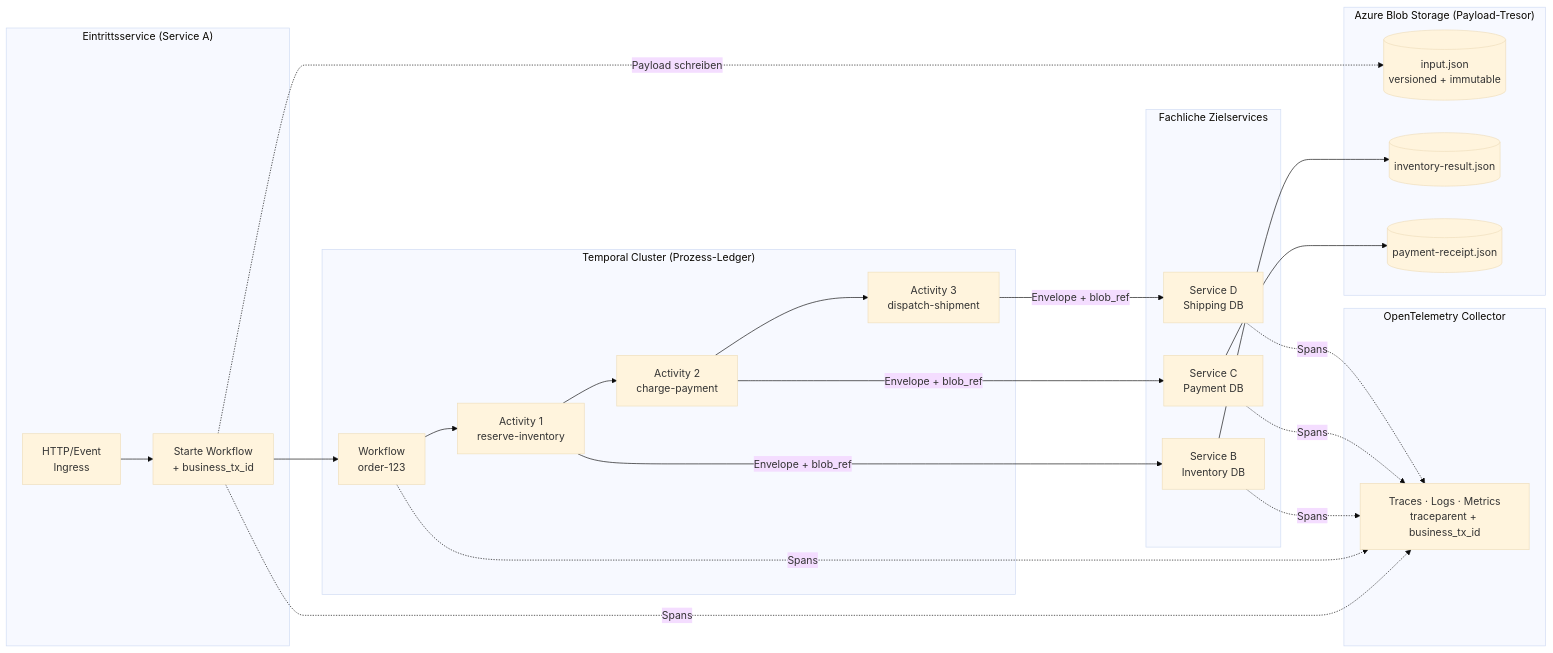
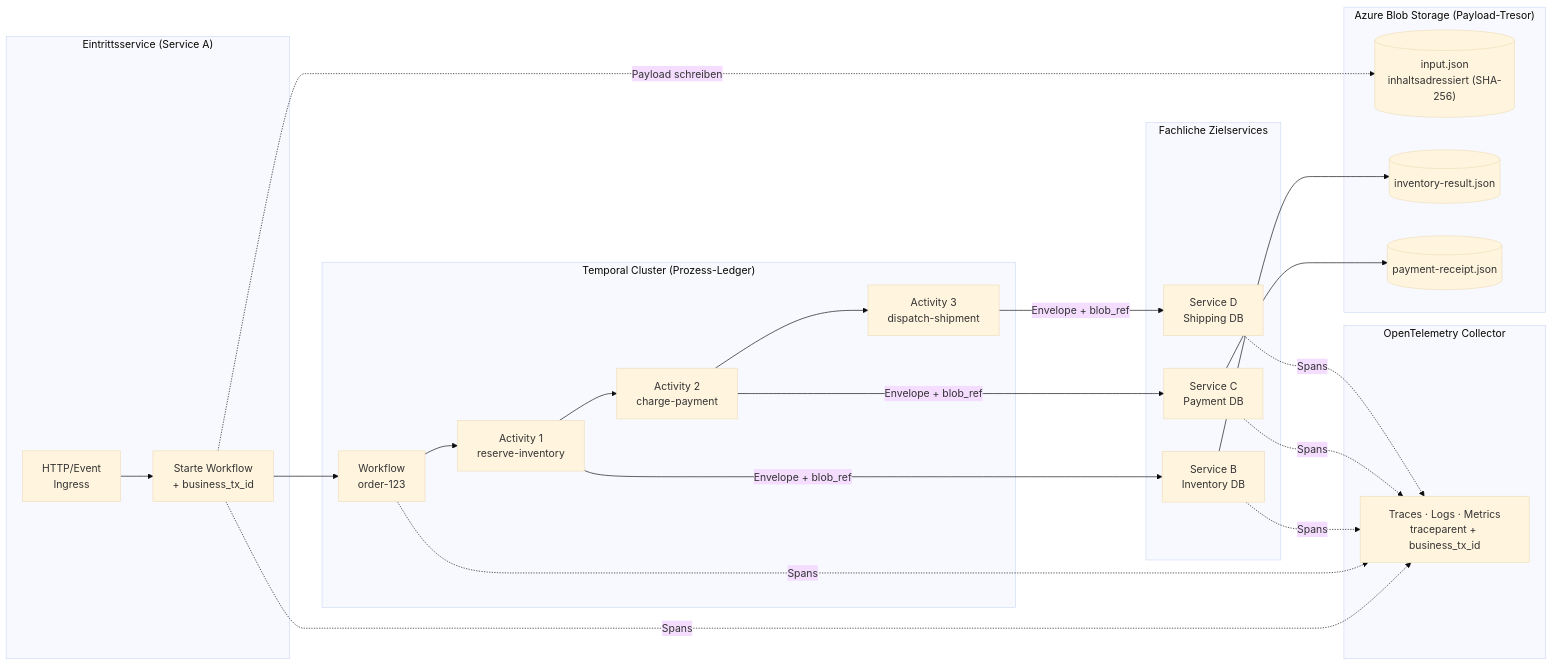
The first of 6 diagrams in sdd/research/research-temporal-azure-otel-orchestration.md (haalfi/integration-showcase), drawn with Mermaid (base theme) before and after one commit. The commit also changed other lines of this file and 2 other files, not shown here.

````diff
--- a/sdd/research/research-temporal-azure-otel-orchestration.md
+++ b/sdd/research/research-temporal-azure-otel-orchestration.md
@@ -28,43 +28,43 @@
 ```mermaid
 flowchart LR
     subgraph Edge["Eintrittsservice (Service A)"]
         A1["HTTP/Event<br/>Ingress"]
         A2["Starte Workflow<br/>+ business_tx_id"]
     end
 
     subgraph Temporal["Temporal Cluster (Prozess-Ledger)"]
         T1["Workflow<br/>order-123"]
         T2["Activity 1<br/>reserve-inventory"]
         T3["Activity 2<br/>charge-payment"]
         T4["Activity 3<br/>dispatch-shipment"]
         T1 --> T2 --> T3 --> T4
     end
 
     subgraph Blob["Azure Blob Storage (Payload-Tresor)"]
-        B1[("input.json<br/>versioned + immutable")]
+        B1[("input.json<br/>inhaltsadressiert (SHA-256)")]
         B2[("inventory-result.json")]
         B3[("payment-receipt.json")]
     end
 
     subgraph Services["Fachliche Zielservices"]
         SB["Service B<br/>Inventory DB"]
         SC["Service C<br/>Payment DB"]
         SD["Service D<br/>Shipping DB"]
     end
 
     subgraph Obs["OpenTelemetry Collector"]
         OT["Traces · Logs · Metrics<br/>traceparent + business_tx_id"]
     end
 
     A1 --> A2 --> T1
     A2 -. "Payload schreiben" .-> B1
     T2 -- Envelope + blob_ref --> SB --> B2
     T3 -- Envelope + blob_ref --> SC --> B3
     T4 -- Envelope + blob_ref --> SD
 
     A2 -. Spans .-> OT
     T1 -. Spans .-> OT
     SB -. Spans .-> OT
     SC -. Spans .-> OT
     SD -. Spans .-> OT
 ```
````
